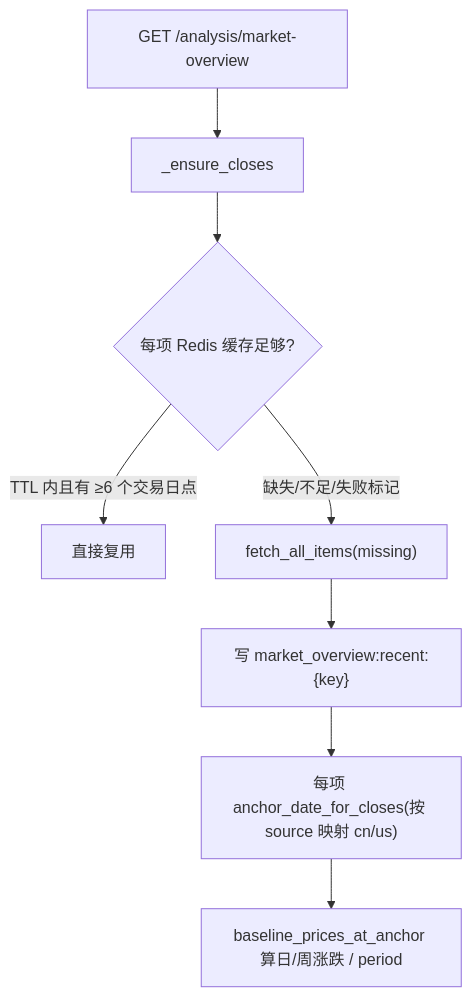
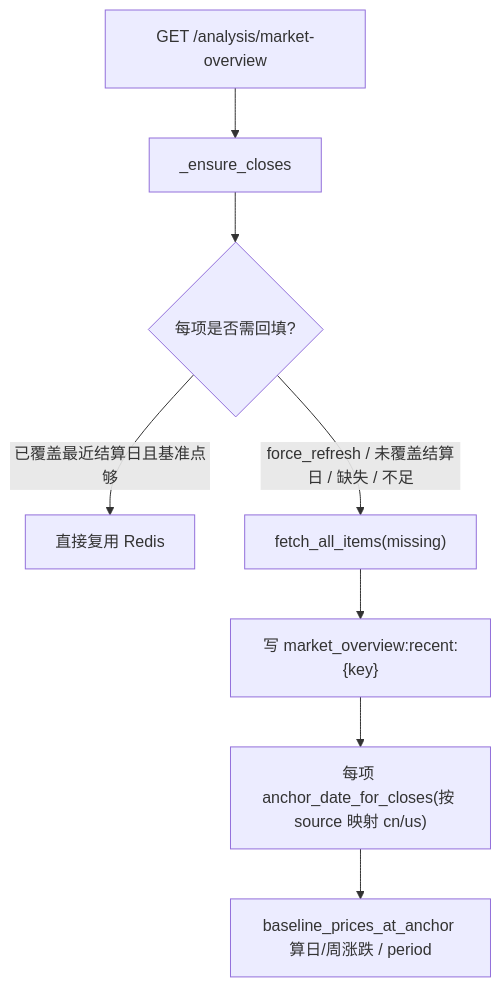
The seventh of 7 diagrams in .agents/skills/astock/references/external-data.md (gunerguner/Astock), drawn with Mermaid before and after one commit. The commit also changed other lines of this file and 9 other files, not shown here.

````diff
--- a/.agents/skills/astock/references/external-data.md
+++ b/.agents/skills/astock/references/external-data.md
@@ -342,10 +342,10 @@
 ```mermaid
 flowchart TD
   A["GET /analysis/market-overview"] --> B["_ensure_closes"]
-  B --> C{每项 Redis 缓存足够?}
-  C -->|TTL 内且有 ≥6 个交易日点| D["直接复用"]
-  C -->|缺失/不足/失败标记| E["fetch_all_items(missing)"]
+  B --> C{每项是否需回填?}
+  C -->|已覆盖最近结算日且基准点够| D["直接复用 Redis"]
+  C -->|force_refresh / 未覆盖结算日 / 缺失 / 不足| E["fetch_all_items(missing)"]
   E --> F["写 market_overview:recent:{key}"]
   F --> G["每项 anchor_date_for_closes(按 source 映射 cn/us)"]
   G --> H["baseline_prices_at_anchor 算日/周涨跌 / period"]
 ```
````
